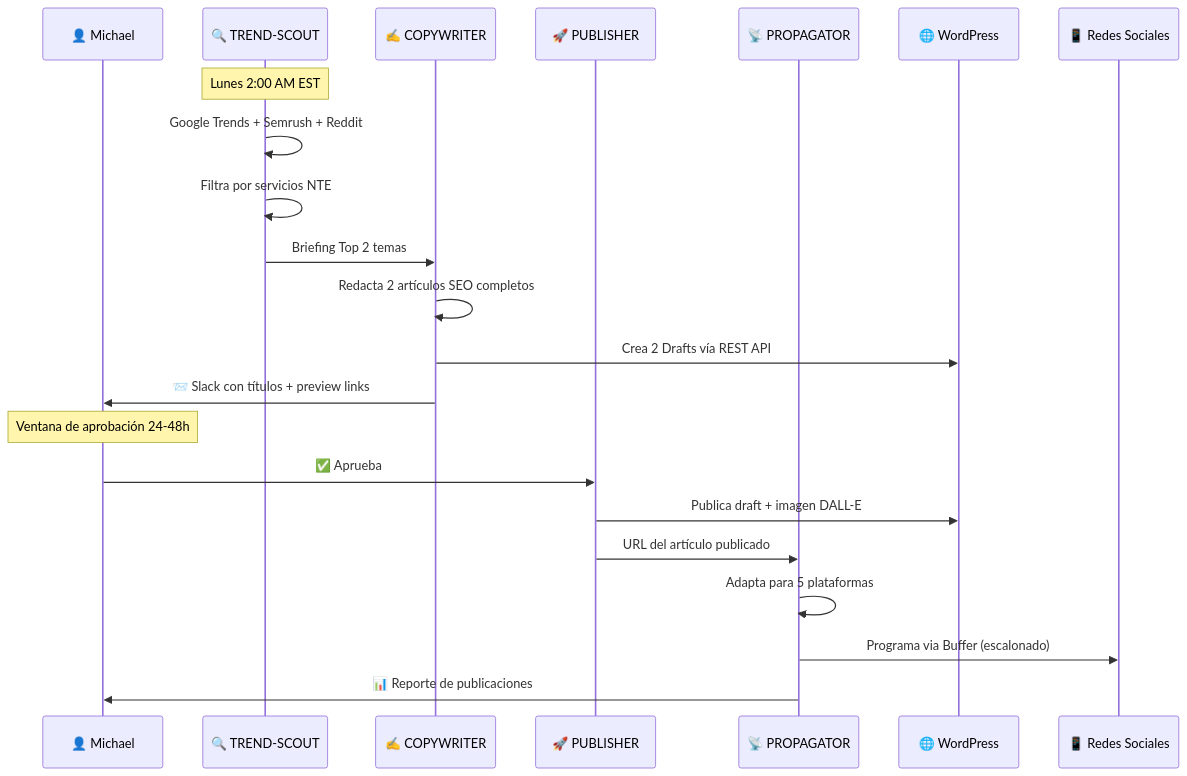
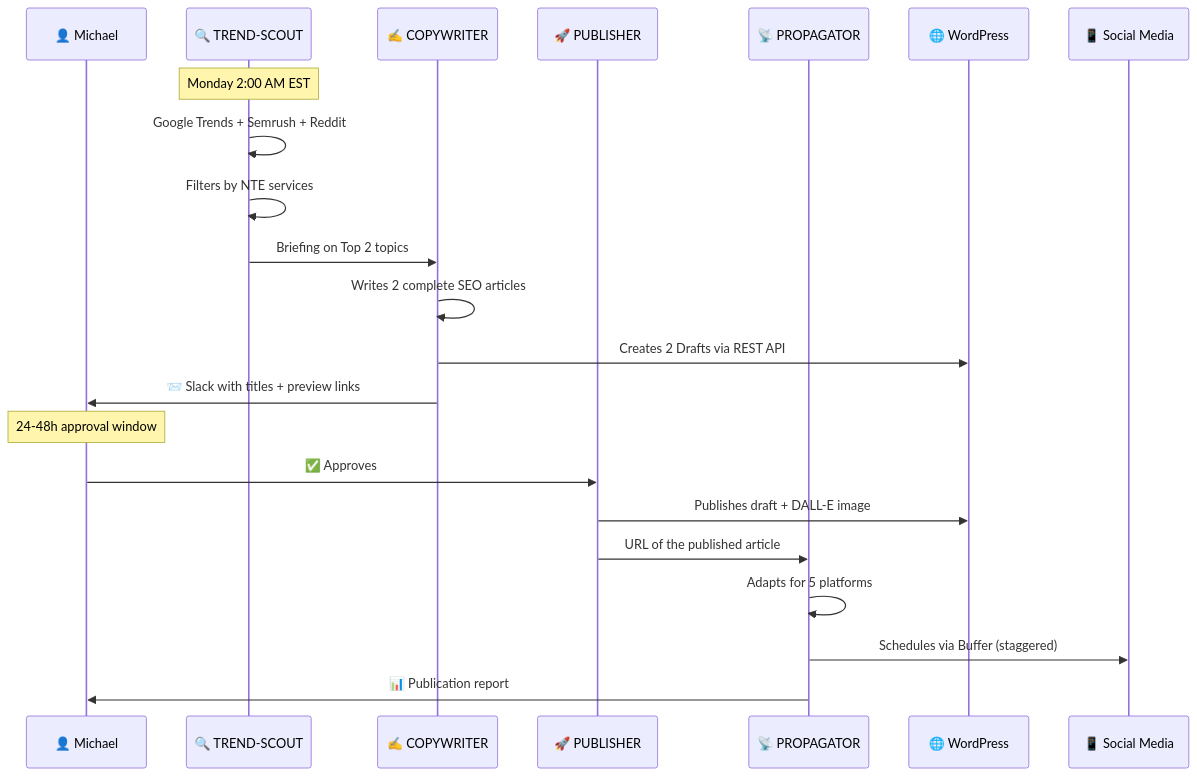
Before and after one commit to nissienterprise/nissi-openclaw-vps: the diagram in documentation/03-agents/specialized-flows/blog-automation/README.md, drawn with Mermaid. The commit also changed other lines of this file and 46 other files, not shown here.

````diff
--- a/documentation/03-agents/specialized-flows/blog-automation/README.md
+++ b/documentation/03-agents/specialized-flows/blog-automation/README.md
@@ -14,31 +14,31 @@
 ```mermaid
 sequenceDiagram
     participant M as 👤 Michael
     participant TS as 🔍 TREND-SCOUT
     participant CW as ✍️ COPYWRITER
     participant PUB as 🚀 PUBLISHER
     participant PROP as 📡 PROPAGATOR
     participant WP as 🌐 WordPress
-    participant SM as 📱 Redes Sociales
+    participant SM as 📱 Social Media
 
-    Note over TS: Lunes 2:00 AM EST
+    Note over TS: Monday 2:00 AM EST
 
     TS->>TS: Google Trends + Semrush + Reddit
-    TS->>TS: Filtra por servicios NTE
-    TS->>CW: Briefing Top 2 temas
+    TS->>TS: Filters by NTE services
+    TS->>CW: Briefing on Top 2 topics
 
-    CW->>CW: Redacta 2 artículos SEO completos
-    CW->>WP: Crea 2 Drafts vía REST API
-    CW->>M: 📨 Slack con títulos + preview links
+    CW->>CW: Writes 2 complete SEO articles
+    CW->>WP: Creates 2 Drafts via REST API
+    CW->>M: 📨 Slack with titles + preview links
 
-    Note over M: Ventana de aprobación 24-48h
+    Note over M: 24-48h approval window
 
-    M->>PUB: ✅ Aprueba
+    M->>PUB: ✅ Approves
 
-    PUB->>WP: Publica draft + imagen DALL-E
-    PUB->>PROP: URL del artículo publicado
+    PUB->>WP: Publishes draft + DALL-E image
+    PUB->>PROP: URL of the published article
 
-    PROP->>PROP: Adapta para 5 plataformas
-    PROP->>SM: Programa via Buffer (escalonado)
-    PROP->>M: 📊 Reporte de publicaciones
+    PROP->>PROP: Adapts for 5 platforms
+    PROP->>SM: Schedules via Buffer (staggered)
+    PROP->>M: 📊 Publication report
 ```
````
